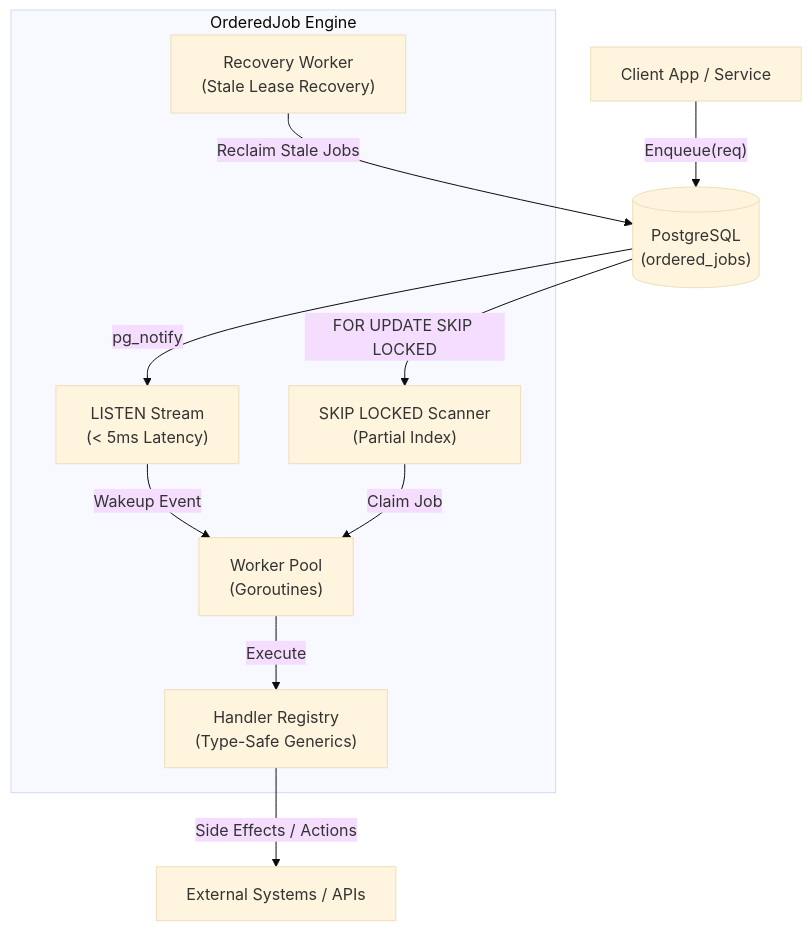
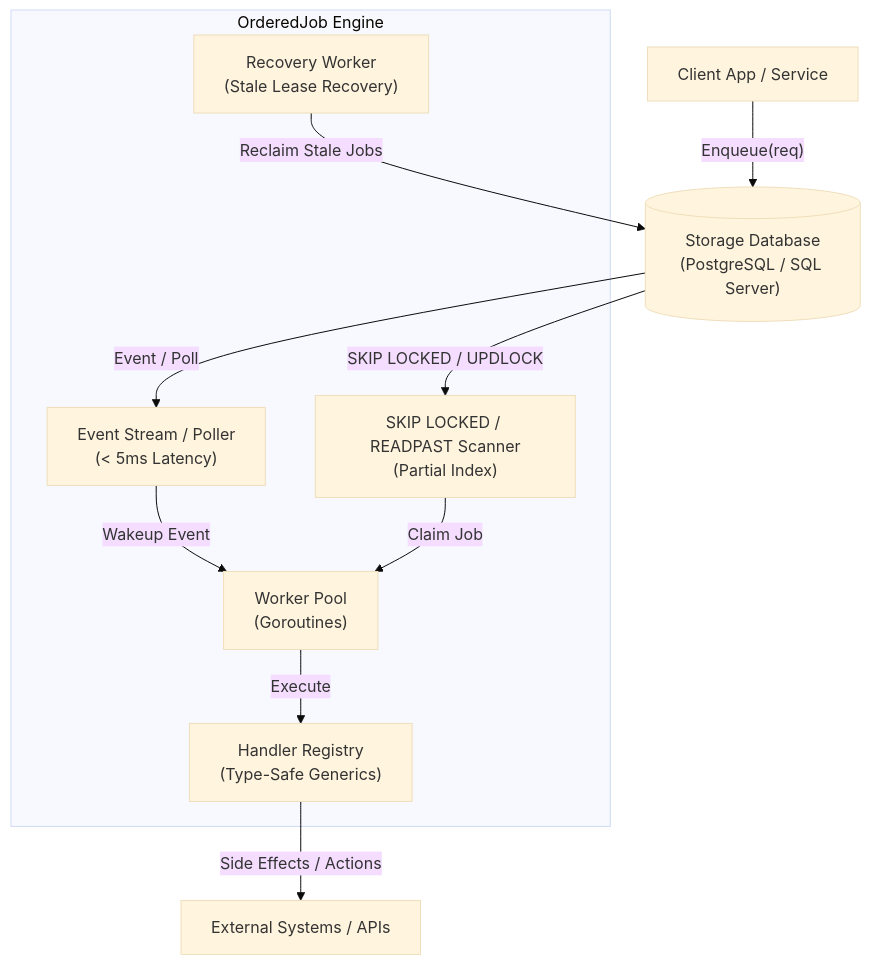
Before and after one commit to semmidev/orderedjob: the first of 2 diagrams in README.md, drawn with Mermaid (base theme). The commit also changed other lines of this file, not shown here.

Commit message:
docs(readme): memperbarui README dengan section dukungan database multi-engine

````diff
--- a/README.md
+++ b/README.md
@@ -74,20 +88,20 @@
 ```mermaid
 graph TD
-    Client["Client App / Service"] -->|"Enqueue(req)"| DB[("PostgreSQL\n(ordered_jobs)")]
+    Client["Client App / Service"] -->|"Enqueue(req)"| DB[("Storage Database\n(PostgreSQL / SQL Server)")]
     
     subgraph Engine["OrderedJob Engine"]
-        Listen["LISTEN Stream\n(< 5ms Latency)"]
-        Scanner["SKIP LOCKED Scanner\n(Partial Index)"]
+        Listen["Event Stream / Poller\n(< 5ms Latency)"]
+        Scanner["SKIP LOCKED / READPAST Scanner\n(Partial Index)"]
         WorkerPool["Worker Pool\n(Goroutines)"]
         Registry["Handler Registry\n(Type-Safe Generics)"]
         Recovery["Recovery Worker\n(Stale Lease Recovery)"]
     end
 
-    DB -->|"pg_notify"| Listen
-    DB -->|"FOR UPDATE SKIP LOCKED"| Scanner
+    DB -->|"Event / Poll"| Listen
+    DB -->|"SKIP LOCKED / UPDLOCK"| Scanner
     Listen -->|"Wakeup Event"| WorkerPool
     Scanner -->|"Claim Job"| WorkerPool
     Recovery -->|"Reclaim Stale Jobs"| DB
     WorkerPool -->|"Execute"| Registry
     Registry -->|"Side Effects / Actions"| External["External Systems / APIs"]
 ```
````
